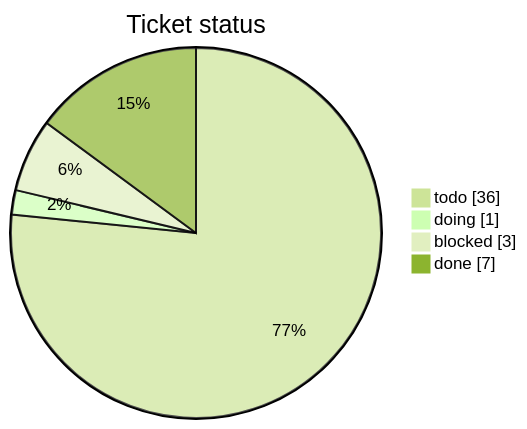
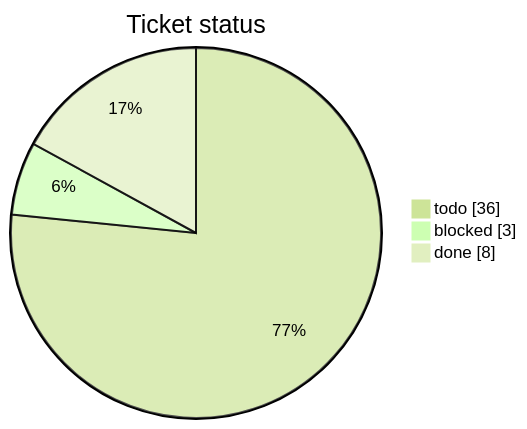
Before and after one commit to mohamed-soubhi/bootlab-esp: the first of 3 diagrams in tickets/TICKETS.md, drawn with Mermaid (forest theme). The commit also changed other lines of this file and 3 other files, not shown here.

````diff
--- a/tickets/TICKETS.md
+++ b/tickets/TICKETS.md
@@ -10,7 +10,6 @@
 ```mermaid
 pie showData title Ticket status
     "todo" : 36
-    "doing" : 1
     "blocked" : 3
-    "done" : 7
+    "done" : 8
 ```
````
